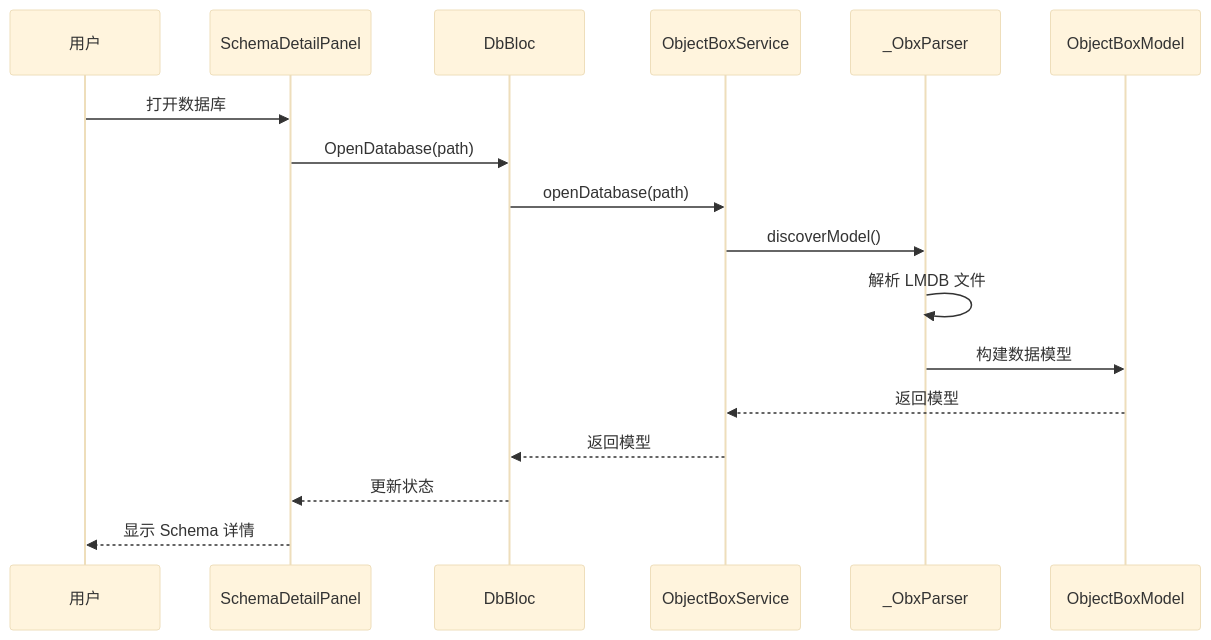
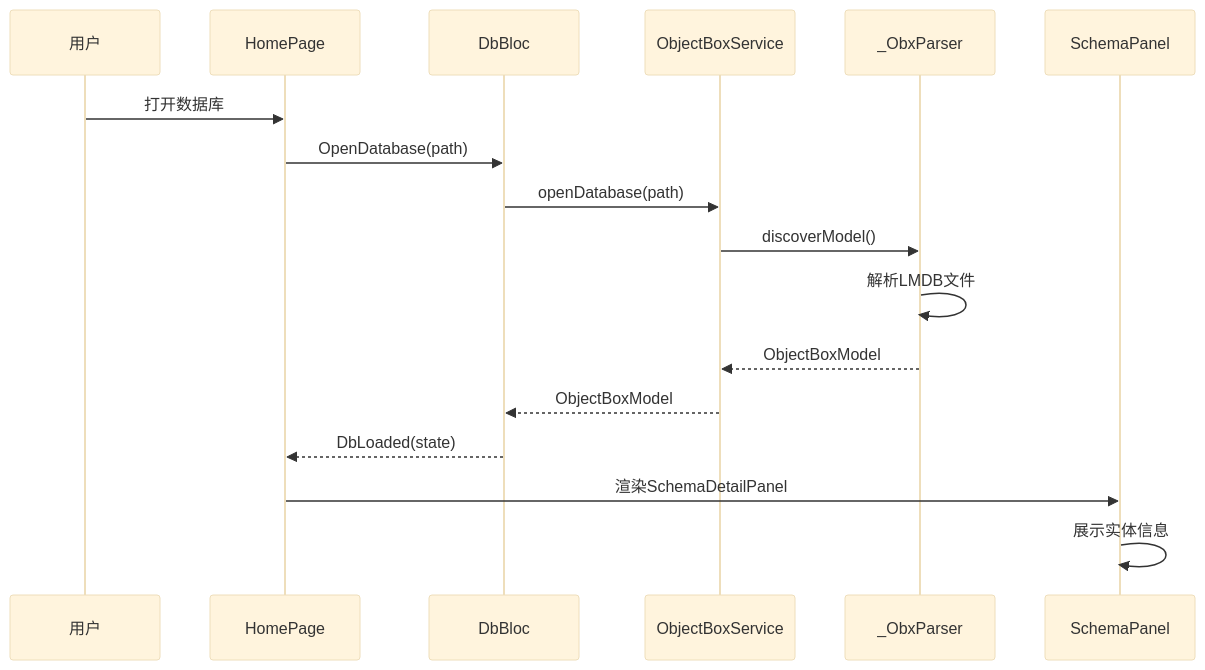
Before and after one commit to kongpf8848/objectbox_viewer: the third of 11 diagrams in .qoder/repowiki/zh/content/UI 组件/Schema 详情面板.md, drawn with Mermaid (base theme). The commit also changed other lines of this file and 9 other files, not shown here.

````diff
--- a/.qoder/repowiki/zh/content/UI 组件/Schema 详情面板.md
+++ b/.qoder/repowiki/zh/content/UI 组件/Schema 详情面板.md
@@ -174,19 +143,19 @@
 ```mermaid
 sequenceDiagram
 participant User as 用户
-participant Panel as SchemaDetailPanel
+participant Home as HomePage
 participant Bloc as DbBloc
 participant Service as ObjectBoxService
 participant Parser as _ObxParser
-participant Model as ObjectBoxModel
-User->>Panel : 打开数据库
-Panel->>Bloc : OpenDatabase(path)
+participant Panel as SchemaPanel
+User->>Home : 打开数据库
+Home->>Bloc : OpenDatabase(path)
 Bloc->>Service : openDatabase(path)
 Service->>Parser : discoverModel()
-Parser->>Parser : 解析 LMDB 文件
-Parser->>Model : 构建数据模型
-Model-->>Service : 返回模型
-Service-->>Bloc : 返回模型
-Bloc-->>Panel : 更新状态
-Panel-->>User : 显示 Schema 详情
+Parser->>Parser : 解析LMDB文件
+Parser-->>Service : ObjectBoxModel
+Service-->>Bloc : ObjectBoxModel
+Bloc-->>Home : DbLoaded(state)
+Home->>Panel : 渲染SchemaDetailPanel
+Panel->>Panel : 展示实体信息
 ```
````
